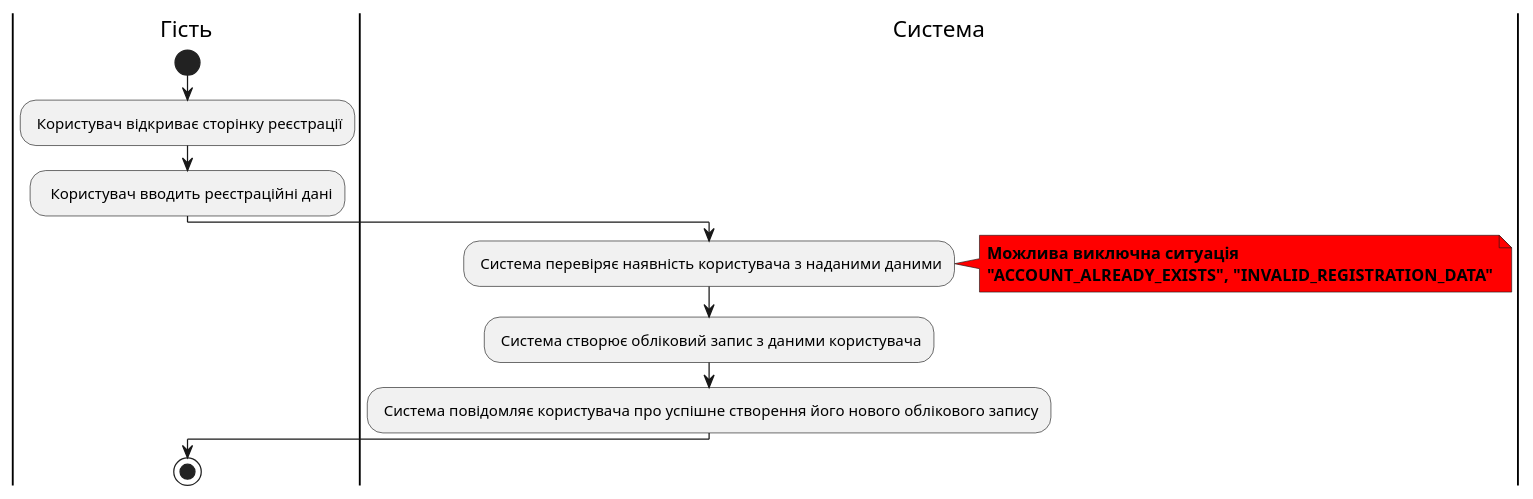
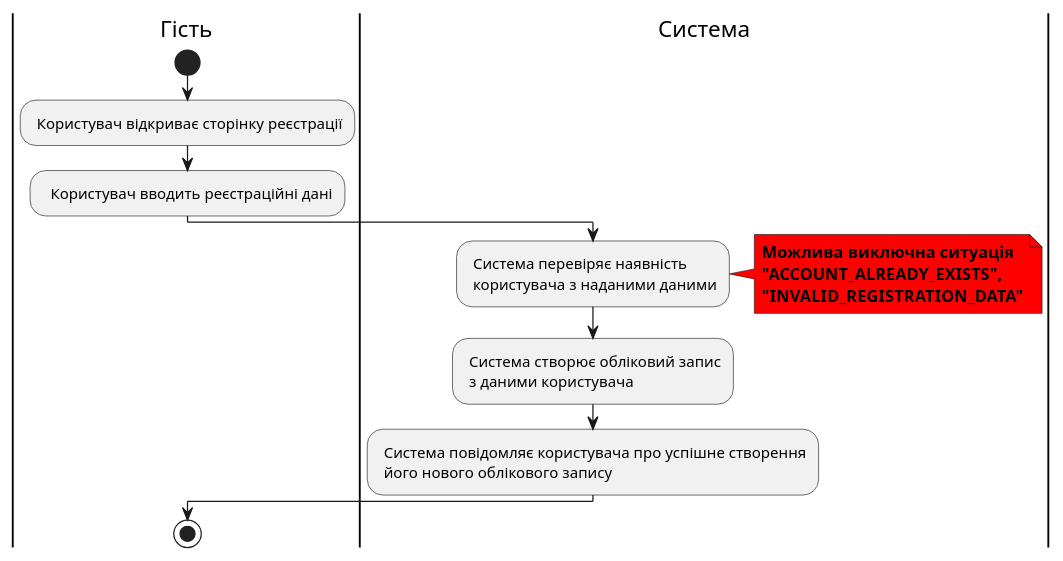
Before and after one commit to zhkcll/lab6: the fifth of 14 diagrams in docs/use_cases.md, drawn with PlantUML. The commit also changed other lines of this file, not shown here.

````diff
--- a/docs/use_cases.md
+++ b/docs/use_cases.md
@@ -135,21 +134,22 @@
 ```plantuml
 @startuml
 |Гість|
 start
 : Користувач відкриває сторінку реєстрації;
 :  Користувач вводить реєстраційні дані;
 
 |Система|
-: Система перевіряє наявність користувача з наданими даними;
+: Система перевіряє наявність\n користувача з наданими даними;
 note right #ff0000
 <b>Можлива виключна ситуація</b>
-<b>"ACCOUNT_ALREADY_EXISTS", "INVALID_REGISTRATION_DATA"</b>
+<b>"ACCOUNT_ALREADY_EXISTS",</b>
+<b>"INVALID_REGISTRATION_DATA"</b>
 end note
-: Система створює обліковий запис з даними користувача;
-: Система повідомляє користувача про успішне створення його нового облікового запису;
+: Система створює обліковий запис\n з даними користувача;
+: Система повідомляє користувача про успішне створення\n його нового облікового запису;
 
 |Гість|
 stop
 
 @enduml
 ```
````
